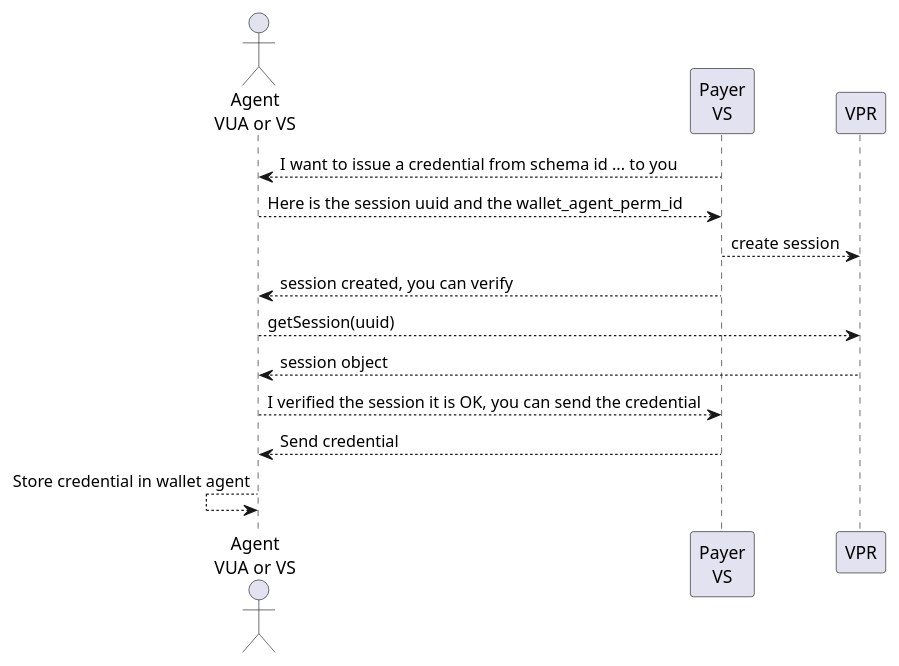
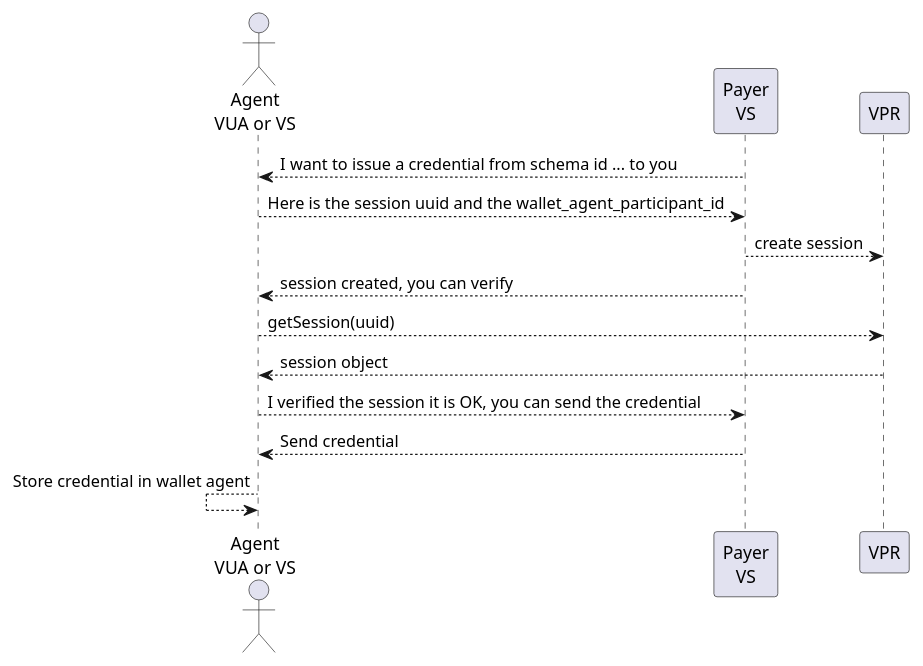
One commit to verana-labs/verifiable-trust-vpr-spec changed diagram 15 of 20 in spec.md. Above: the diagram before and after it, drawn with PlantUML. The commit also changed other lines of this file, not shown here.

First line of the commit message:
refactor(spec): rename _perm/_perm_id variables to _participant/_participant_id

````diff
--- a/spec.md
+++ b/spec.md
@@ -3716,18 +3716,18 @@
 ```plantuml
 scale max 800 width
 actor "Agent\nVUA or VS" as Issued 
 participant "Payer\nVS" as Issuer 
 participant "VPR" as vpr 
 
 
 Issued <-- Issuer: I want to issue a credential from schema id ... to you
-Issued --> Issuer: Here is the session uuid and the wallet_agent_perm_id
+Issued --> Issuer: Here is the session uuid and the wallet_agent_participant_id
 Issuer --> vpr: create session
 Issued <-- Issuer: session created, you can verify
 Issued --> vpr: getSession(uuid)
 Issued <-- vpr: session object
 Issued --> Issuer: I verified the session it is OK, you can send the credential
 Issued <-- Issuer: Send credential
 Issued <-- Issued: Store credential in wallet agent
 
 ```
````
